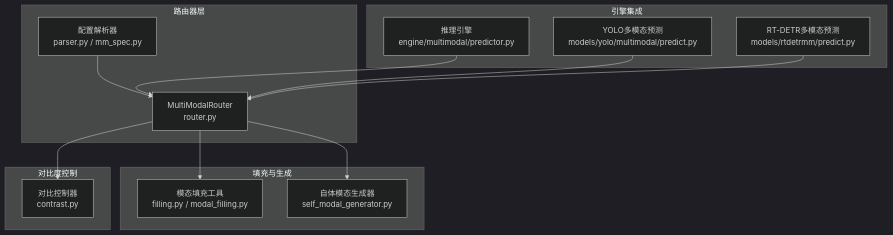
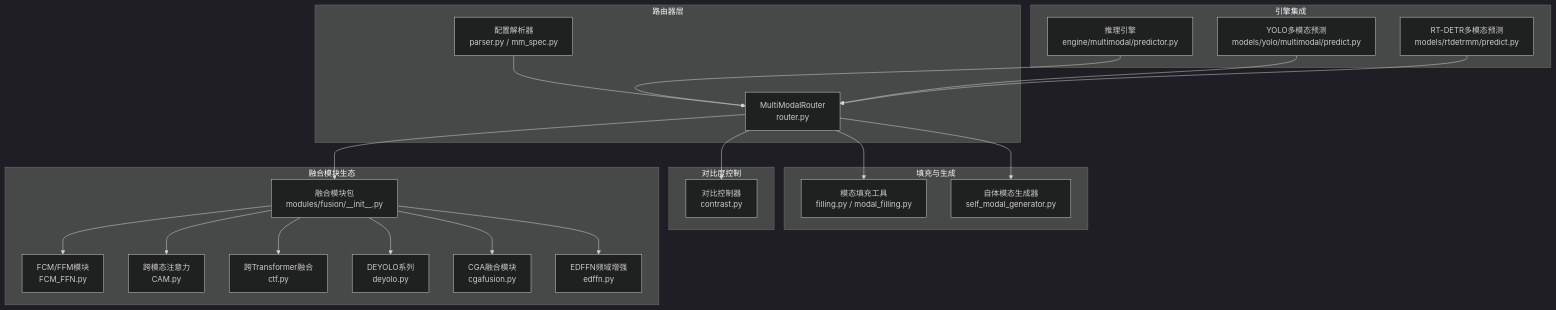
Before and after one commit to 2208754827/MM-IMPROVE: the first of 7 diagrams in .qoder/repowiki/zh/content/核心组件详解/核心组件详解.md, drawn with Mermaid (dark theme). The commit also changed other lines of this file and 151 other files, not shown here.

````diff
--- a/.qoder/repowiki/zh/content/核心组件详解/核心组件详解.md
+++ b/.qoder/repowiki/zh/content/核心组件详解/核心组件详解.md
@@ -40,26 +49,42 @@
 ```mermaid
 graph TB
 subgraph "路由器层"
 R["MultiModalRouter<br/>router.py"]
 P["配置解析器<br/>parser.py / mm_spec.py"]
 end
 subgraph "填充与生成"
 F["模态填充工具<br/>filling.py / modal_filling.py"]
 G["自体模态生成器<br/>self_modal_generator.py"]
 end
 subgraph "对比度控制"
 C["对比控制器<br/>contrast.py"]
 end
+subgraph "融合模块生态"
+FM["融合模块包<br/>modules/fusion/__init__.py"]
+FCM["FCM/FFM模块<br/>FCM_FFN.py"]
+CAM["跨模态注意力<br/>CAM.py"]
+CTF["跨Transformer融合<br/>ctf.py"]
+DEYOLO["DEYOLO系列<br/>deyolo.py"]
+CGA["CGA融合模块<br/>cgafusion.py"]
+EDF["EDFFN频域增强<br/>edffn.py"]
+end
 subgraph "引擎集成"
 EP["推理引擎<br/>engine/multimodal/predictor.py"]
 YP["YOLO多模态预测<br/>models/yolo/multimodal/predict.py"]
 RP["RT-DETR多模态预测<br/>models/rtdetrmm/predict.py"]
 end
 P --> R
 R --> F
 R --> G
 R --> C
+R --> FM
+FM --> FCM
+FM --> CAM
+FM --> CTF
+FM --> DEYOLO
+FM --> CGA
+FM --> EDF
 EP --> R
 YP --> R
 RP --> R
 ```
````
